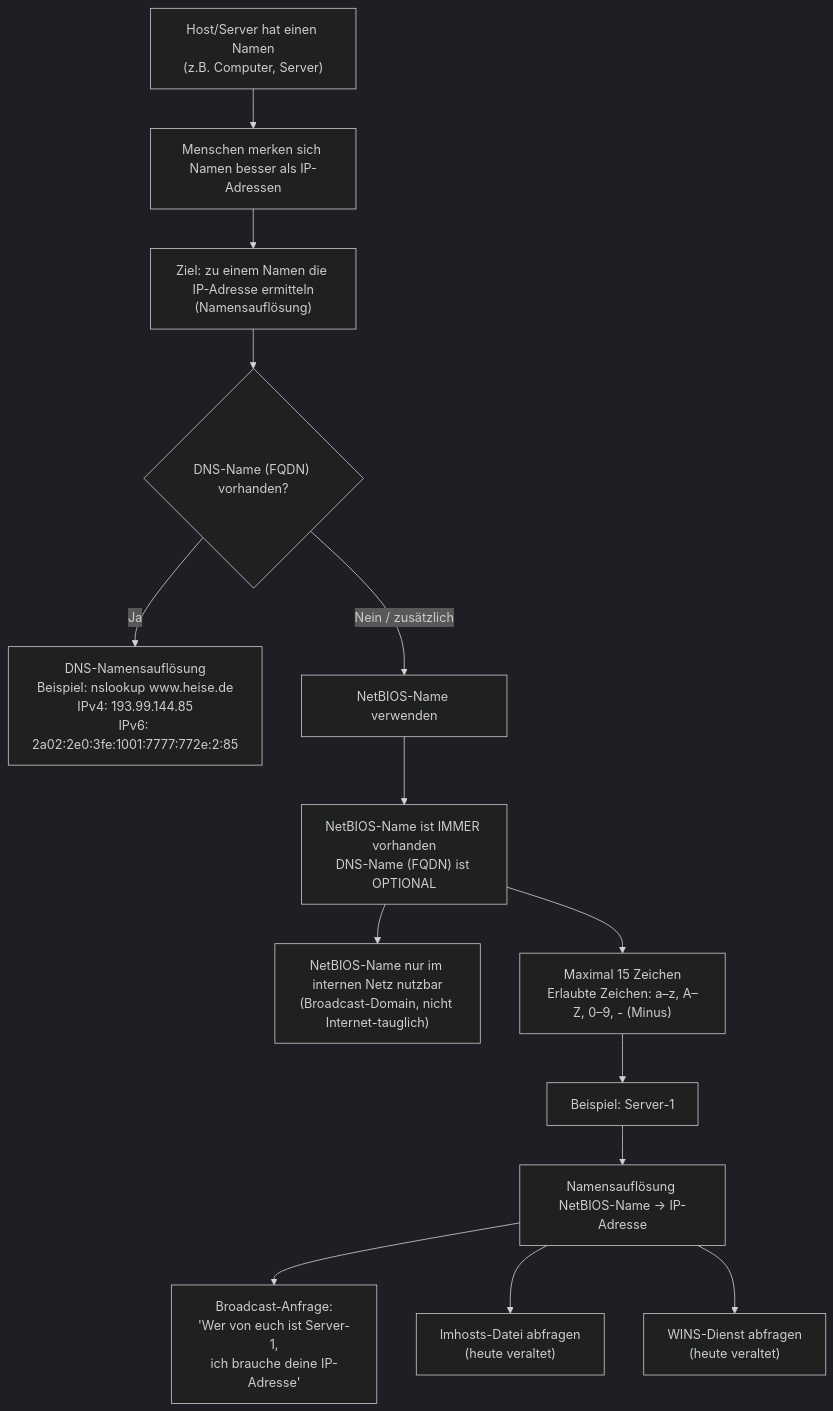
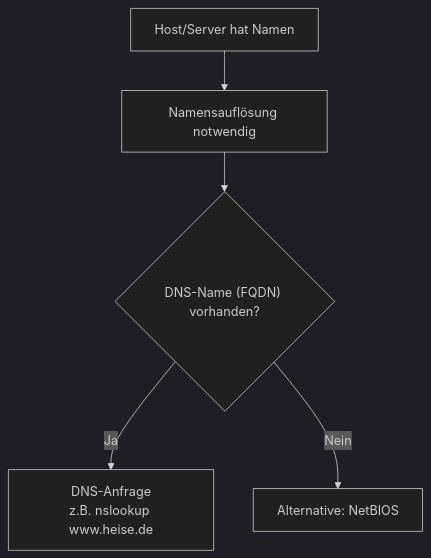
Before and after one commit to seanconroy-dev/FIAE_Umschulung_Notes: the second of 4 diagrams in NT/TRE/03-12-2025_NT_TRE.md, drawn with Mermaid (dark theme). The commit also changed other lines of this file, not shown here.

````diff
--- a/NT/TRE/03-12-2025_NT_TRE.md
+++ b/NT/TRE/03-12-2025_NT_TRE.md
@@ -22,25 +78,7 @@
 ```mermaid
 flowchart TD
-    %% Grundidee Namensauflösung
-    A["Host/Server hat einen Namen<br/>(z.B. Computer, Server)"] --> B["Menschen merken sich Namen besser als IP-Adressen"]
-    B --> C["Ziel: zu einem Namen die IP-Adresse ermitteln<br/>(Namensauflösung)"]
-
-    %% Beispiel DNS
-    C --> D{"DNS-Name (FQDN) vorhanden?"}
-    D -->|Ja| E["DNS-Namensauflösung<br/>Beispiel: nslookup www.heise.de<br/>IPv4: 193.99.144.85<br/>IPv6: 2a02:2e0:3fe:1001:7777:772e:2:85"]
-    D -->|Nein / zusätzlich| F["NetBIOS-Name verwenden"]
-
-    %% Eigenschaften NetBIOS-Name
-    F --> G["NetBIOS-Name ist IMMER vorhanden<br/>DNS-Name (FQDN) ist OPTIONAL"]
-    G --> H["NetBIOS-Name nur im internen Netz nutzbar<br/>(Broadcast-Domain, nicht Internet-tauglich)"]
-    G --> I["Maximal 15 Zeichen<br/>Erlaubte Zeichen: a–z, A–Z, 0–9, - (Minus)"]
-    I --> J["Beispiel: Server-1"]
-
-    %% NetBIOS-Namensauflösung
-    J --> K["Namensauflösung NetBIOS-Name → IP-Adresse"]
-    K --> L["Broadcast-Anfrage:<br/>'Wer von euch ist Server-1,<br/>ich brauche deine IP-Adresse'"]
-    K --> M["lmhosts-Datei abfragen<br/>(heute veraltet)"]
-    K --> N["WINS-Dienst abfragen<br/>(heute veraltet)"]
-
-
+    A["Host/Server hat Namen"] --> B["Namensauflösung notwendig"]
+    B --> C{"DNS-Name (FQDN) vorhanden?"}
+    C -->|Ja| D["DNS-Anfrage<br/>z.B. nslookup www.heise.de"]
+    C -->|Nein| E["Alternative: NetBIOS"]
 ```
````
